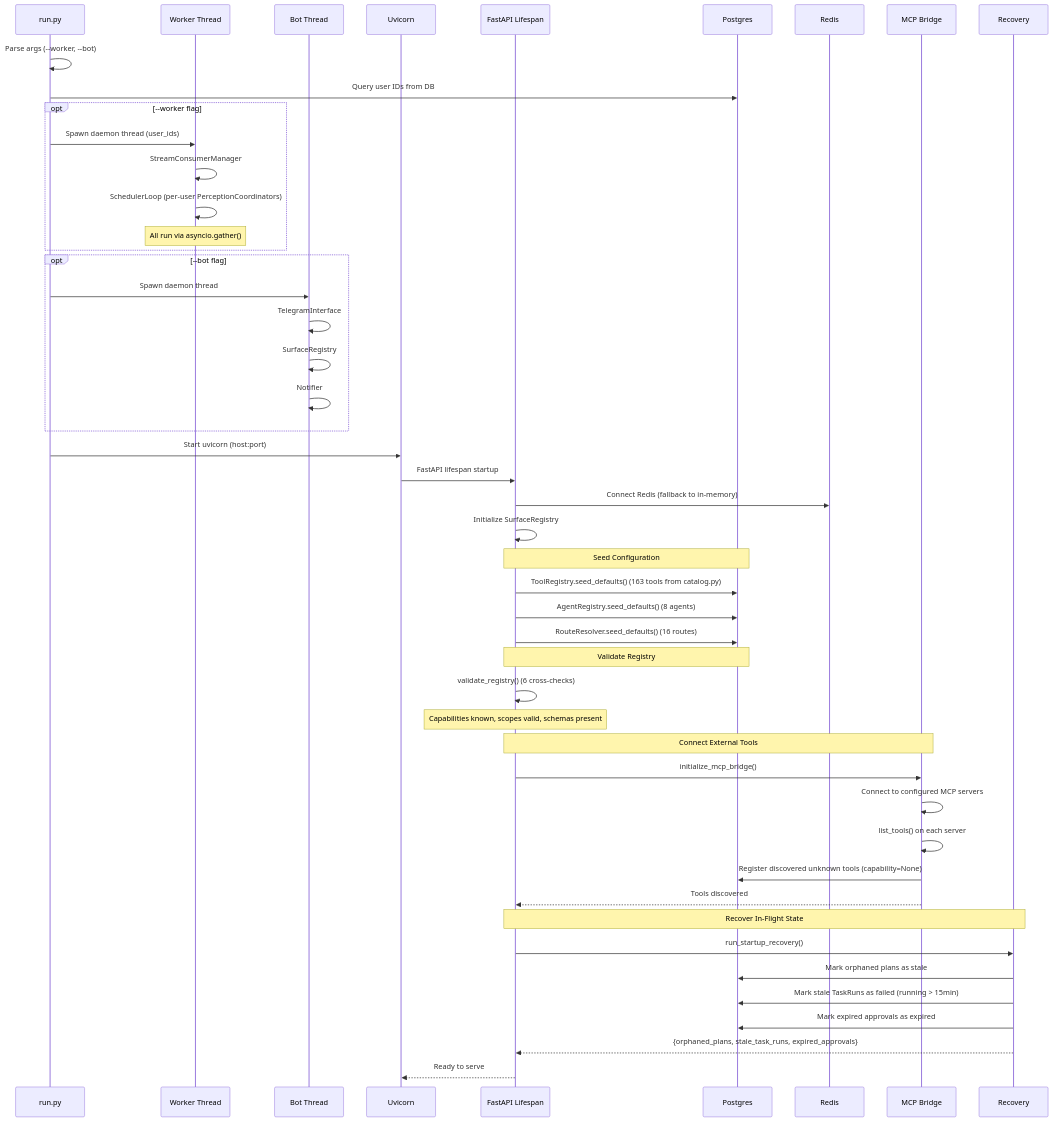
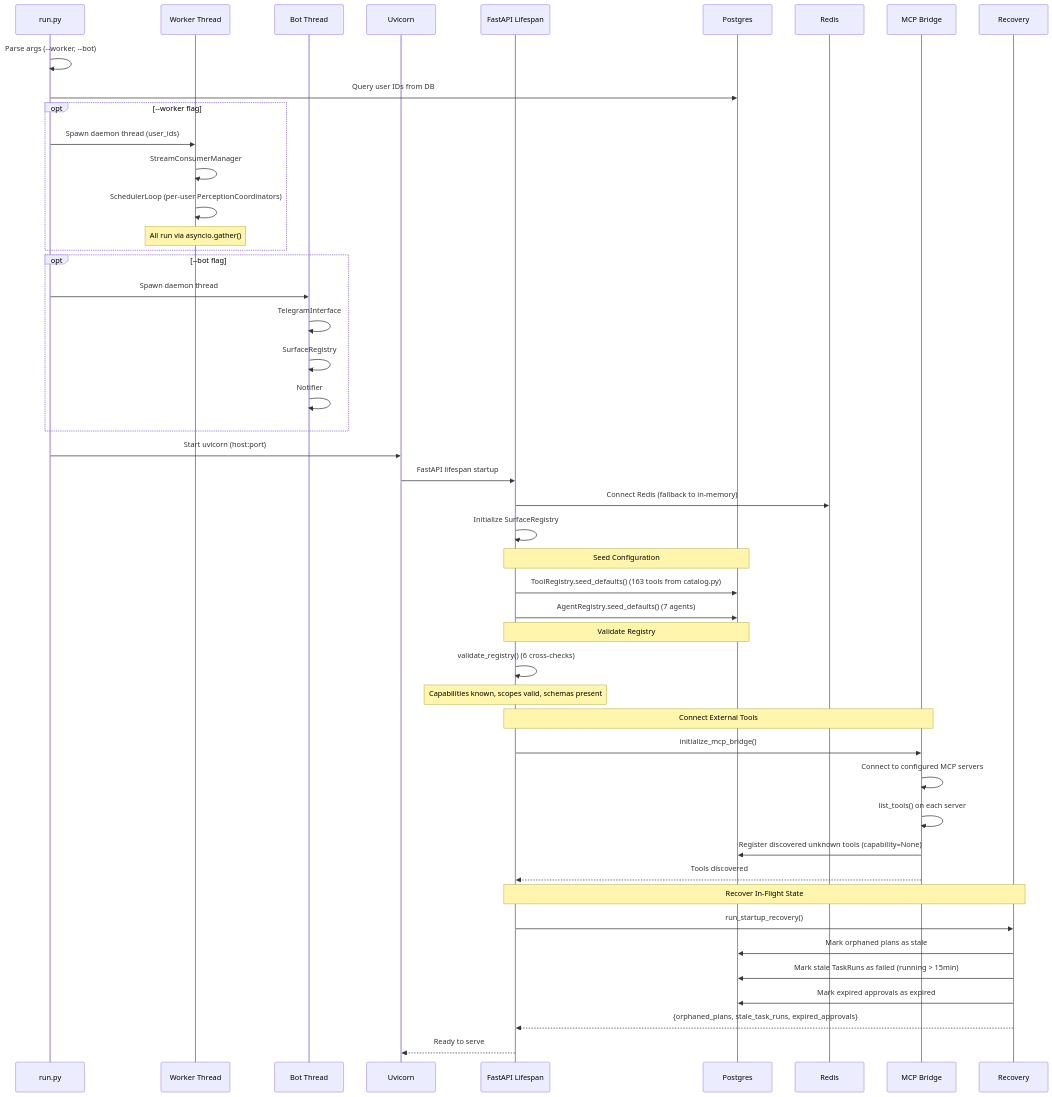
One commit to shivadharmi/muldro changed the first of 3 diagrams in docs/architecture/startup.md. Above: the diagram before and after it, drawn with Mermaid. The commit also changed other lines of this file and 11 other files, not shown here.

First line of the commit message:
docs: update all architecture docs and README for post-15-spec redesign

````diff
--- a/docs/architecture/startup.md
+++ b/docs/architecture/startup.md
@@ -5,60 +5,59 @@
 ```mermaid
 sequenceDiagram
     participant R as run.py
     participant W as Worker Thread
     participant B as Bot Thread
     participant UV as Uvicorn
     participant APP as FastAPI Lifespan
     participant DB as Postgres
     participant RD as Redis
     participant MCP as MCP Bridge
     participant REC as Recovery
 
     R->>R: Parse args (--worker, --bot)
     R->>DB: Query user IDs from DB
 
     opt --worker flag
         R->>W: Spawn daemon thread (user_ids)
         W->>W: StreamConsumerManager
         W->>W: SchedulerLoop (per-user PerceptionCoordinators)
         Note over W: All run via asyncio.gather()
     end
 
     opt --bot flag
         R->>B: Spawn daemon thread
         B->>B: TelegramInterface
         B->>B: SurfaceRegistry
         B->>B: Notifier
     end
 
     R->>UV: Start uvicorn (host:port)
     UV->>APP: FastAPI lifespan startup
 
     APP->>RD: Connect Redis (fallback to in-memory)
     APP->>APP: Initialize SurfaceRegistry
 
     Note over APP,DB: Seed Configuration
     APP->>DB: ToolRegistry.seed_defaults() (163 tools from catalog.py)
-    APP->>DB: AgentRegistry.seed_defaults() (8 agents)
-    APP->>DB: RouteResolver.seed_defaults() (16 routes)
+    APP->>DB: AgentRegistry.seed_defaults() (7 agents)
 
     Note over APP,DB: Validate Registry
     APP->>APP: validate_registry() (6 cross-checks)
     Note over APP: Capabilities known, scopes valid, schemas present
 
     Note over APP,MCP: Connect External Tools
     APP->>MCP: initialize_mcp_bridge()
     MCP->>MCP: Connect to configured MCP servers
     MCP->>MCP: list_tools() on each server
     MCP->>DB: Register discovered unknown tools (capability=None)
     MCP-->>APP: Tools discovered
 
     Note over APP,REC: Recover In-Flight State
     APP->>REC: run_startup_recovery()
     REC->>DB: Mark orphaned plans as stale
     REC->>DB: Mark stale TaskRuns as failed (running > 15min)
     REC->>DB: Mark expired approvals as expired
     REC-->>APP: {orphaned_plans, stale_task_runs, expired_approvals}
 
     APP-->>UV: Ready to serve
 ```
````
